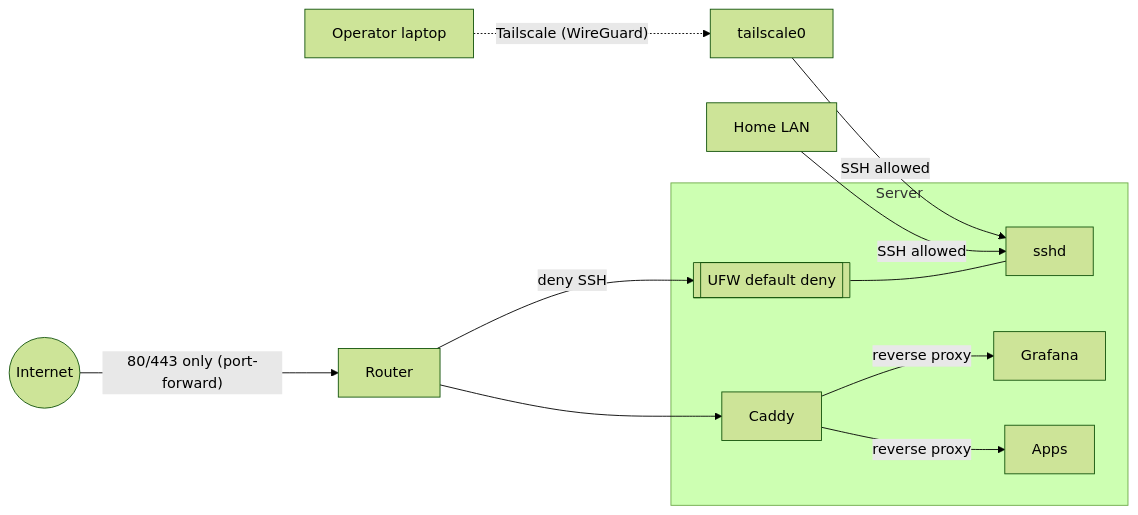
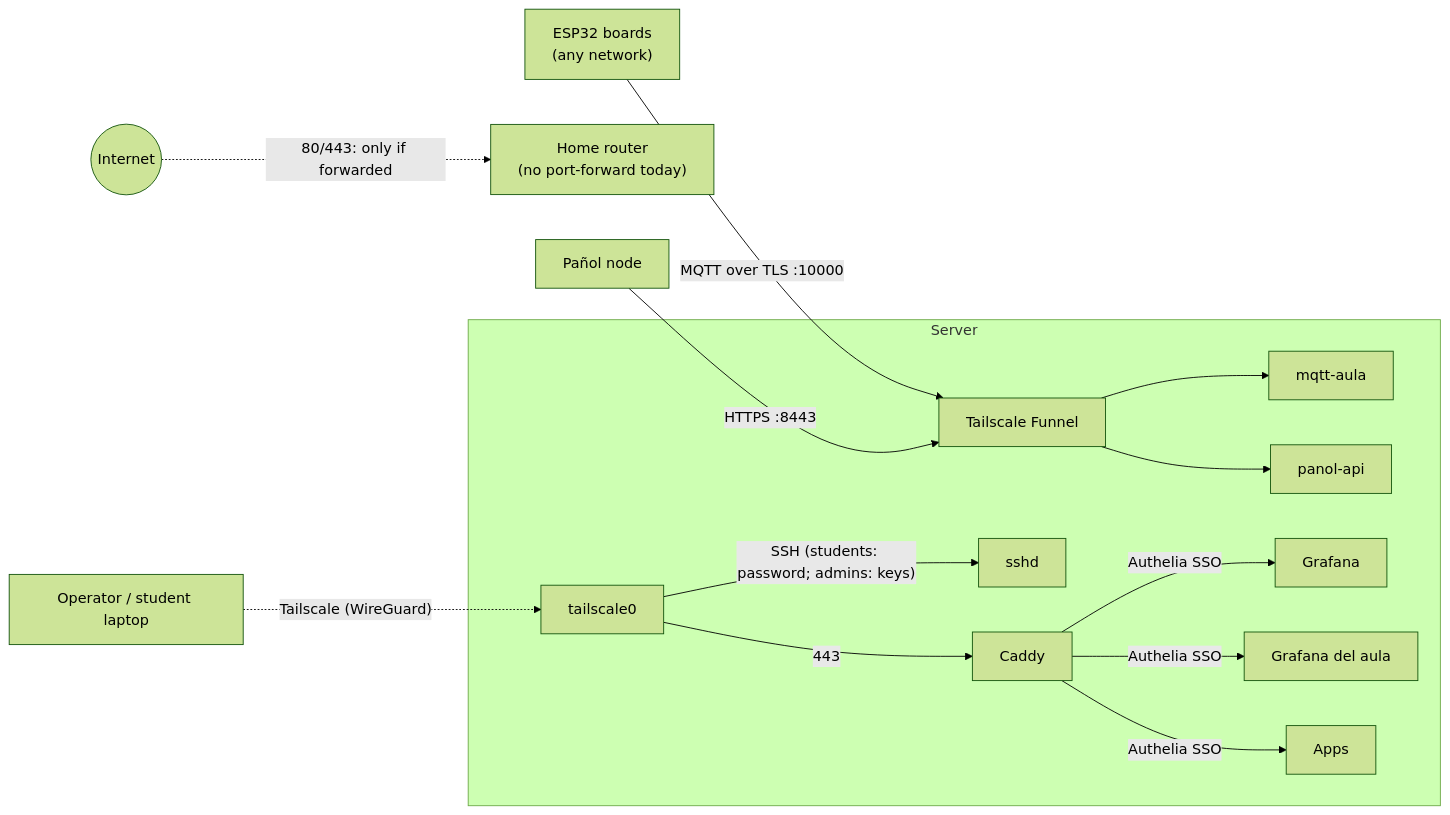
One commit to resourceldg/homelab changed the second of 4 diagrams in docs/architecture.md. Above: the diagram before and after it, drawn with Mermaid (forest theme). The commit also changed other lines of this file and 24 other files, not shown here.

First line of the commit message:
docs: manual con visión de arquitectura IoT, ciclo de vida y casos reales del aula

````diff
--- a/docs/architecture.md
+++ b/docs/architecture.md
@@ -55,16 +59,16 @@
 ```mermaid
 flowchart LR
-    Internet(("Internet")) -->|"80/443 only (port-forward)"| Router
-    Router -->|"deny SSH"| X[[UFW default deny]]
-    Router --> Caddy
-    Laptop["Operator laptop"] -. Tailscale (WireGuard) .-> TS[tailscale0]
-    TS -->|SSH allowed| SSHD[sshd]
-    LAN["Home LAN"] -->|SSH allowed| SSHD
-    Caddy -->|reverse proxy| Grafana & Apps
+    Internet(("Internet"))
+    Router["Home router<br/>(no port-forward today)"]
+    Internet -.->|"80/443: only if forwarded"| Router
+    Laptop["Operator / student laptop"] -. "Tailscale (WireGuard)" .-> TS[tailscale0]
+    ESP["ESP32 boards<br/>(any network)"] -->|"MQTT over TLS :10000"| Funnel["Tailscale Funnel"]
+    PanolNode["Pañol node"] -->|"HTTPS :8443"| Funnel
     subgraph Server
-        X --- SSHD
-        Caddy
-        Grafana
-        Apps
+        TS -->|"SSH (students: password; admins: keys)"| SSHD[sshd]
+        TS -->|"443"| Caddy
+        Funnel --> Broker["mqtt-aula"]
+        Funnel --> PanolAPI["panol-api"]
+        Caddy -->|"Authelia SSO"| Grafana & GrafanaAula["Grafana del aula"] & Apps
     end
 ```
````
